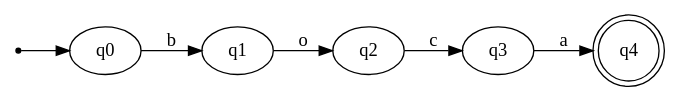
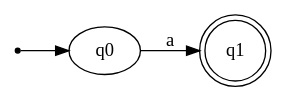
One commit to eabalestra/nondeterministic-finite-automaton changed the diagram in example-automatons/automata_14.dot. Above: the diagram before and after it, drawn with Graphviz. The commit also changed 8 other files, not shown here.

```diff
--- a/example-automatons/automata_14.dot
+++ b/example-automatons/automata_14.dot
@@ -1,14 +1,11 @@
 digraph{
 
 rankdir=LR;
 inic[shape=point];
 
 inic->q0;
 
-q0->q1 [label="b"];
-q1->q2 [label="o"];
-q2->q3 [label="c"];
-q3->q4 [label="a"];
+q0->q1 [label="a"];
 
-q4[shape=doublecircle];
+q1[shape=doublecircle];
 }
```
